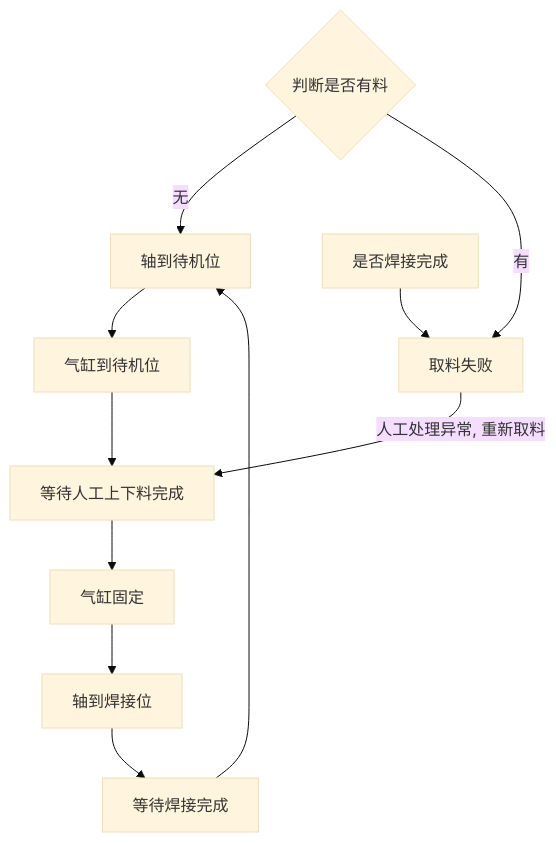
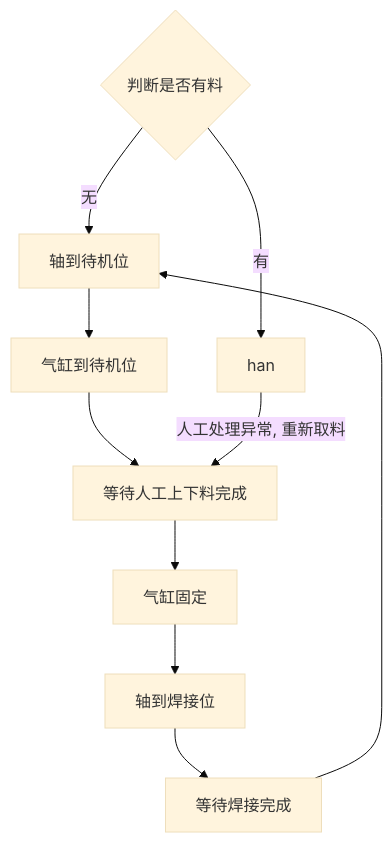
One commit to PengKun1/iodraw-files changed the diagram in all/OP10 上料工位自动流程.md. Above: the diagram before and after it, drawn with Mermaid (base theme).

Commit message:
2024-08-02 11:04:00 update

````diff
--- a/all/OP10 上料工位自动流程.md
+++ b/all/OP10 上料工位自动流程.md
@@ -1,15 +1,14 @@
 ```mermaid
 graph TD
 10{判断是否有料}-->|无|20
 10-->|有|900
 20[轴到待机位]-->30
 30[气缸到待机位]-->40
 40[等待人工上下料完成]-->50
 50[气缸固定]-->60
 60[轴到焊接位]-->70
 70[等待焊接完成]-->20
 
-100[是否焊接完成]-->900
 
-900[取料失败]-->|人工处理异常, 重新取料|40
+900[han]-->|人工处理异常, 重新取料|40
 ```
````
